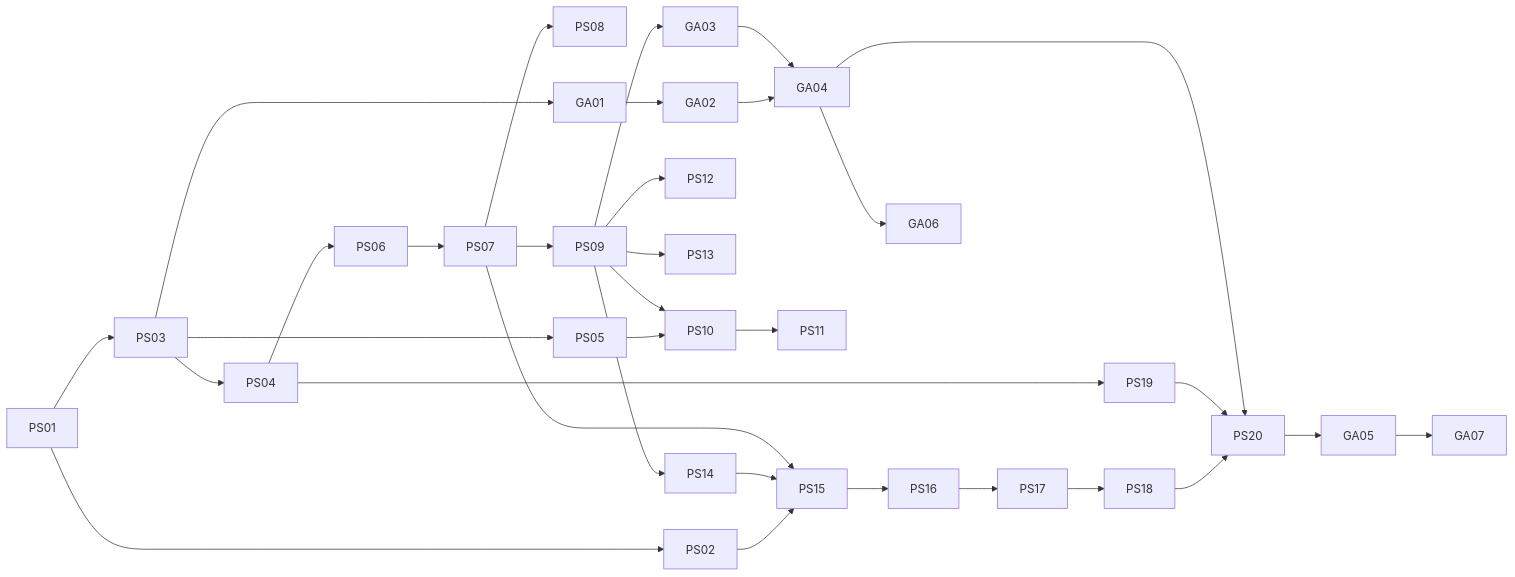
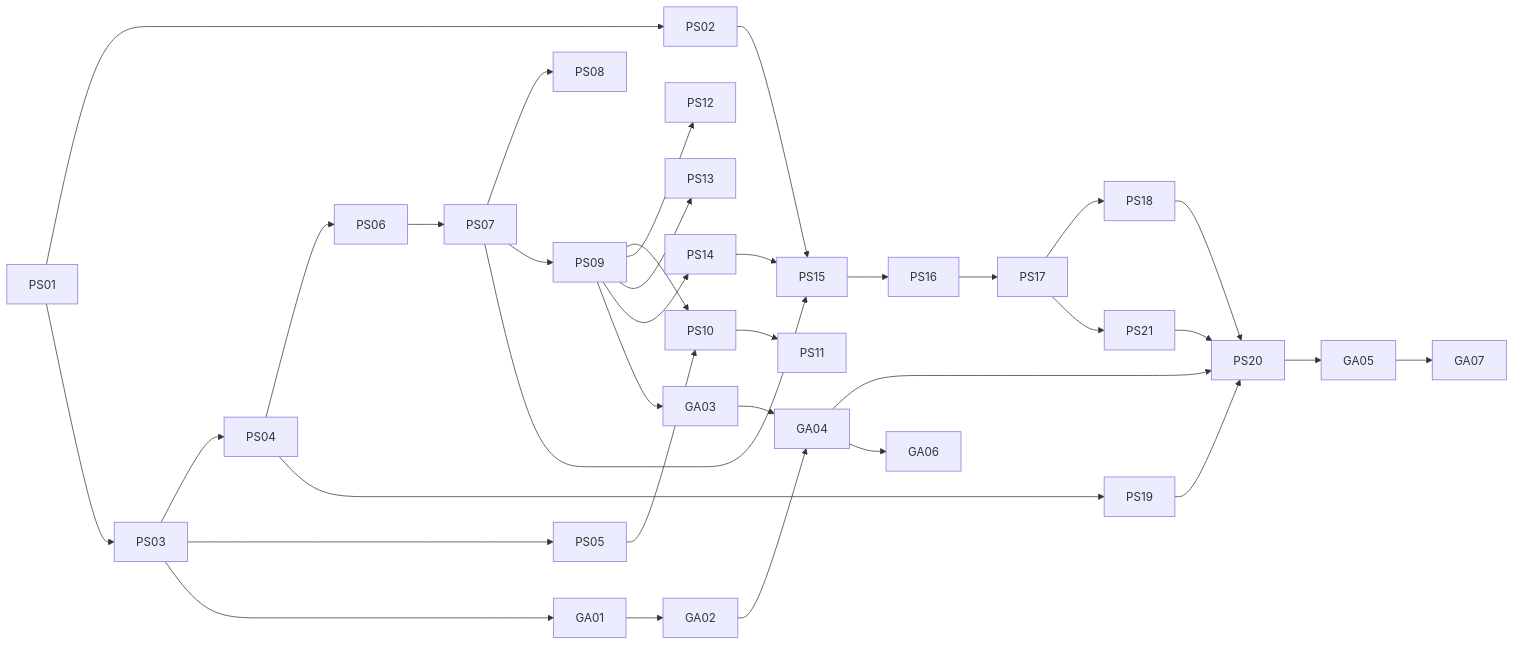
The first of 2 diagrams in docs/pbi/squad/README.md (svennijhuis/agentPacks), drawn with Mermaid before and after one commit. The commit also changed other lines of this file and 32 other files, not shown here.

````diff
--- a/docs/pbi/squad/README.md
+++ b/docs/pbi/squad/README.md
@@ -116,20 +117,21 @@
 ```mermaid
 flowchart LR
   PS01 --> PS02 --> PS15
   PS01 --> PS03 --> PS04 --> PS06 --> PS07 --> PS08
   PS03 --> PS05 --> PS10
   PS07 --> PS09
   PS09 --> PS10 --> PS11
   PS09 --> PS12
   PS09 --> PS13
   PS09 --> PS14 --> PS15
   PS07 --> PS15 --> PS16 --> PS17 --> PS18
   PS04 --> PS19
   PS03 --> GA01 --> GA02 --> GA04
   PS09 --> GA03 --> GA04
   PS18 --> PS20
   PS19 --> PS20
+  PS17 --> PS21 --> PS20
   GA04 --> PS20
   GA04 --> GA06
   PS20 --> GA05 --> GA07
 ```
````
